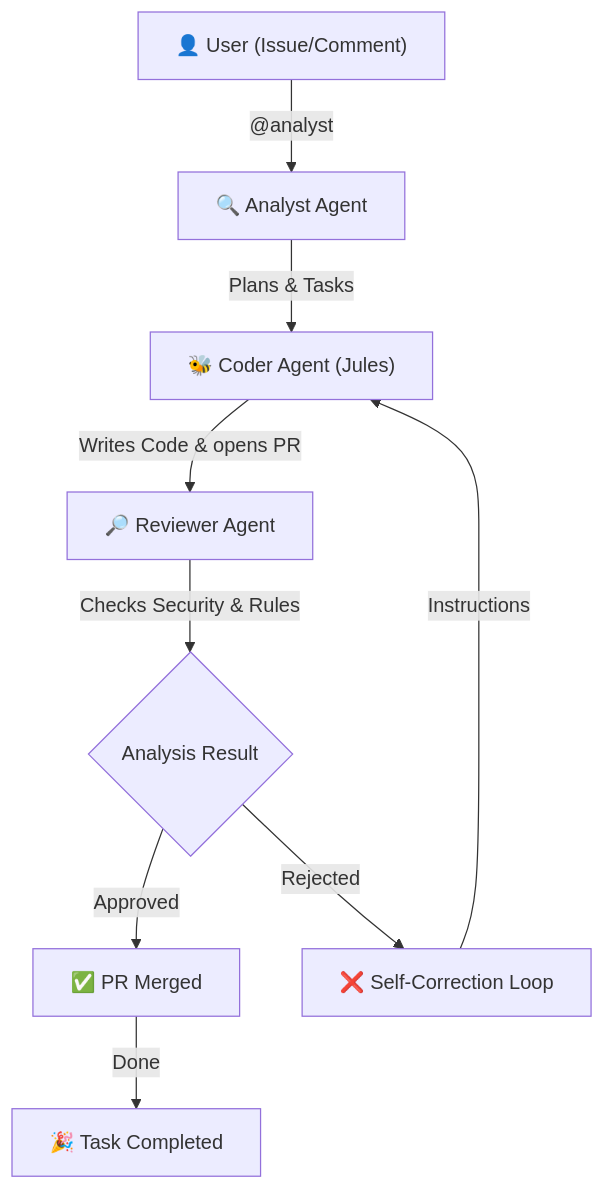
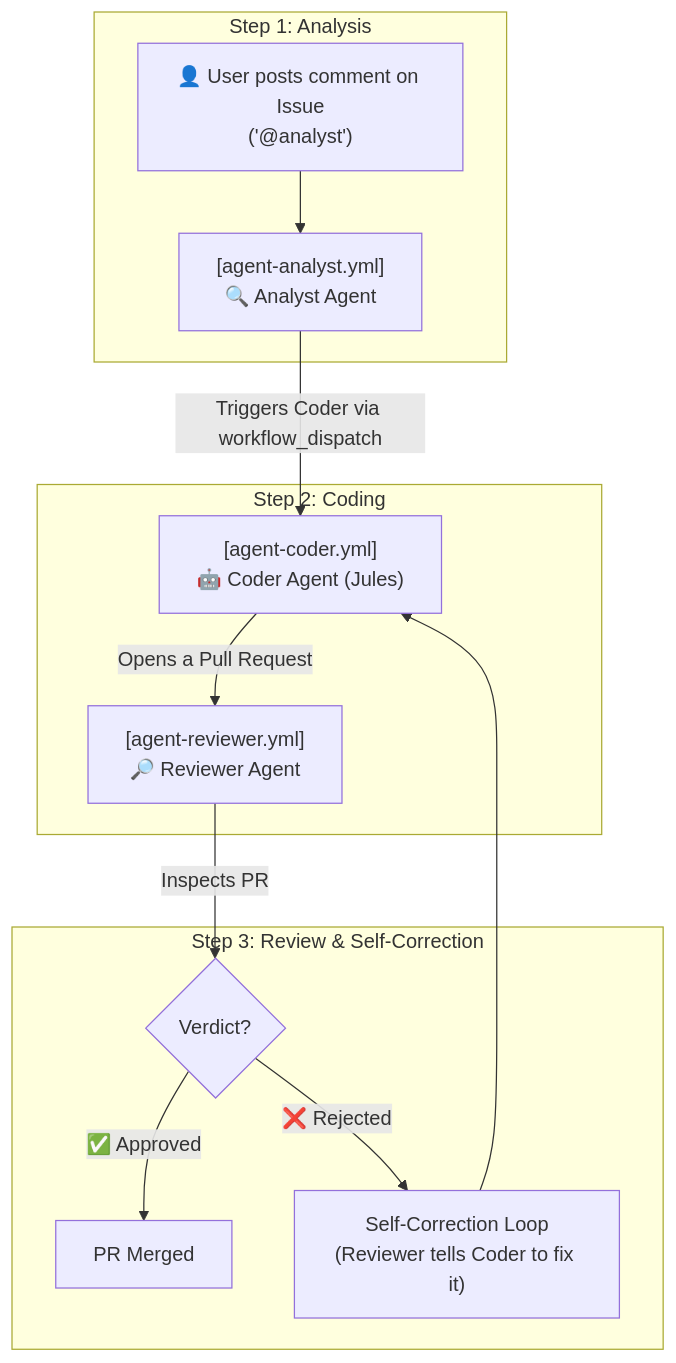
One commit to BUZASLAN128/HiveMind-Actions changed the diagram in README.md. Above: the diagram before and after it, drawn with Mermaid. The commit also changed other lines of this file and 1 other file, not shown here.

First line of the commit message:
docs: improve trigger documentation and clarify workflow

````diff
--- a/README.md
+++ b/README.md
@@ -63,11 +86,16 @@
 ```mermaid
 graph TD
-    A["👤 User (Issue/Comment)"] -- "@analyst" --> B["🔍 Analyst Agent"]
-    B -- "Plans & Tasks" --> C["🐝 Coder Agent (Jules)"]
-    C -- "Writes Code & opens PR" --> D["🔎 Reviewer Agent"]
-    D -- "Checks Security & Rules" --> E{"Analysis Result"}
-    E -- "Approved" --> F["✅ PR Merged"]
-    E -- "Rejected" --> G["❌ Self-Correction Loop"]
-    G -- "Instructions" --> C
-    F -- "Done" --> H["🎉 Task Completed"]
+    subgraph "Step 1: Analysis"
+        A["👤 User posts comment on Issue<br>('@analyst')"] --> B["[agent-analyst.yml]<br>🔍 Analyst Agent"];
+    end
+    subgraph "Step 2: Coding"
+        B -- "Triggers Coder via workflow_dispatch" --> C["[agent-coder.yml]<br>🤖 Coder Agent (Jules)"];
+        C -- "Opens a Pull Request" --> D;
+    end
+    subgraph "Step 3: Review & Self-Correction"
+        D["[agent-reviewer.yml]<br>🔎 Reviewer Agent"] -- "Inspects PR" --> E{"Verdict?"};
+        E -- "✅ Approved" --> F["PR Merged"];
+        E -- "❌ Rejected" --> G["Self-Correction Loop<br>(Reviewer tells Coder to fix it)"];
+        G --> C;
+    end
 ```
````
